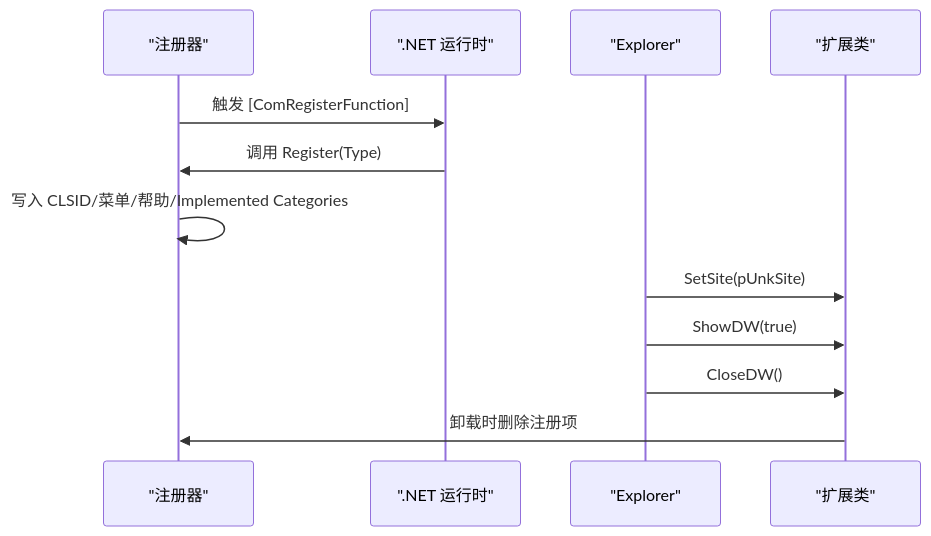
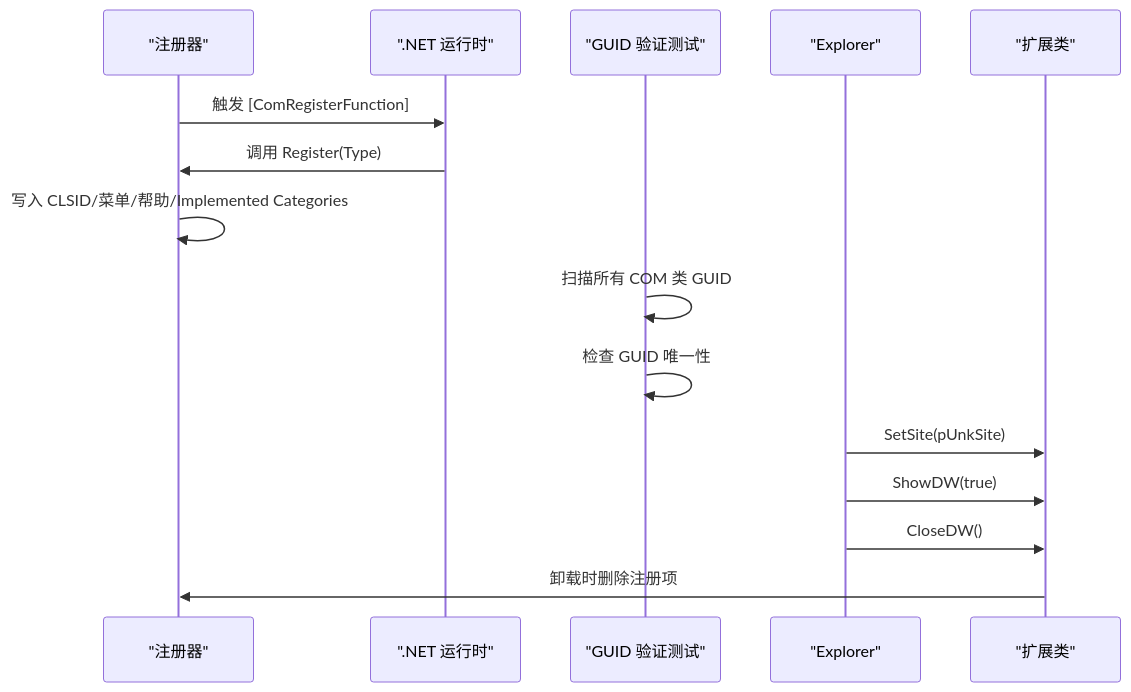
The sixth of 7 diagrams in .qoder/repowiki/zh/content/架构设计/Shell 扩展集成.md (rainiva/QTTabBar-Next), drawn with Mermaid before and after one commit. The commit also changed other lines of this file and 415 other files, not shown here.

````diff
--- a/.qoder/repowiki/zh/content/架构设计/Shell 扩展集成.md
+++ b/.qoder/repowiki/zh/content/架构设计/Shell 扩展集成.md
@@ -290,14 +318,17 @@
 ```mermaid
 sequenceDiagram
 participant Reg as "注册器"
 participant CLR as ".NET 运行时"
+participant Test as "GUID 验证测试"
 participant Exp as "Explorer"
 participant Ext as "扩展类"
 Reg->>CLR : 触发 [ComRegisterFunction]
 CLR->>Reg : 调用 Register(Type)
 Reg->>Reg : 写入 CLSID/菜单/帮助/Implemented Categories
+Test->>Test : 扫描所有 COM 类 GUID
+Test->>Test : 检查 GUID 唯一性
 Exp->>Ext : SetSite(pUnkSite)
 Exp->>Ext : ShowDW(true)
 Exp->>Ext : CloseDW()
 Ext->>Reg : 卸载时删除注册项
 ```
````
